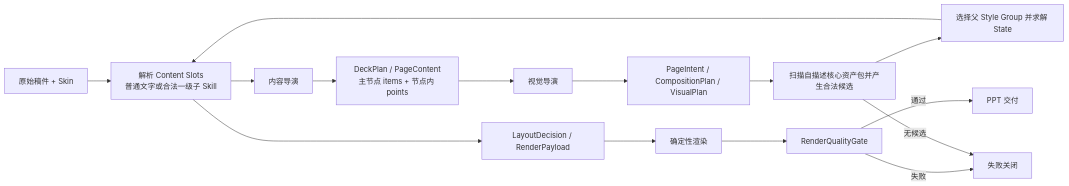
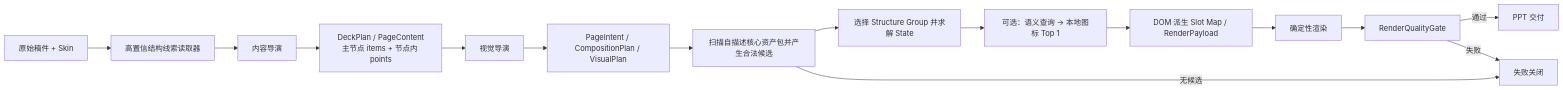
The first of 2 diagrams in docs/工作流/正式生成/工作流.md (NEUwpy/PPagenT), drawn with Mermaid before and after one commit. The commit also changed other lines of this file and 721 other files, not shown here.

Commit message:
refactor: establish Logic and Structure Group workflow

````diff
--- a/docs/工作流/正式生成/工作流.md
+++ b/docs/工作流/正式生成/工作流.md
@@ -7,17 +7,17 @@
 ```mermaid
 flowchart LR
     A["原始稿件 + Skin"] --> S["高置信结构线索读取器"]
     S --> B["内容导演"]
     B --> C["DeckPlan / PageContent\n主节点 items + 节点内 points"]
     C --> D["视觉导演"]
     D --> E["PageIntent / CompositionPlan / VisualPlan"]
     E --> F["扫描自描述核心资产包并产生合法候选"]
-    F --> G["选择父 Style Group 并求解 State"]
-    G --> S["解析 Content Slots\n普通文字或合法一级子 Skill"]
-    S --> R["LayoutDecision / RenderPayload"]
+    F --> G["选择 Structure Group 并求解 State"]
+    G --> Q["可选：语义查询 → 本地图标 Top 1"]
+    Q --> R["DOM 派生 Slot Map / RenderPayload"]
     R --> H["确定性渲染"]
     H --> I["RenderQualityGate"]
     I -->|通过| J["PPT 交付"]
     I -->|失败| K["失败关闭"]
     F -->|无候选| K
 ```
````
